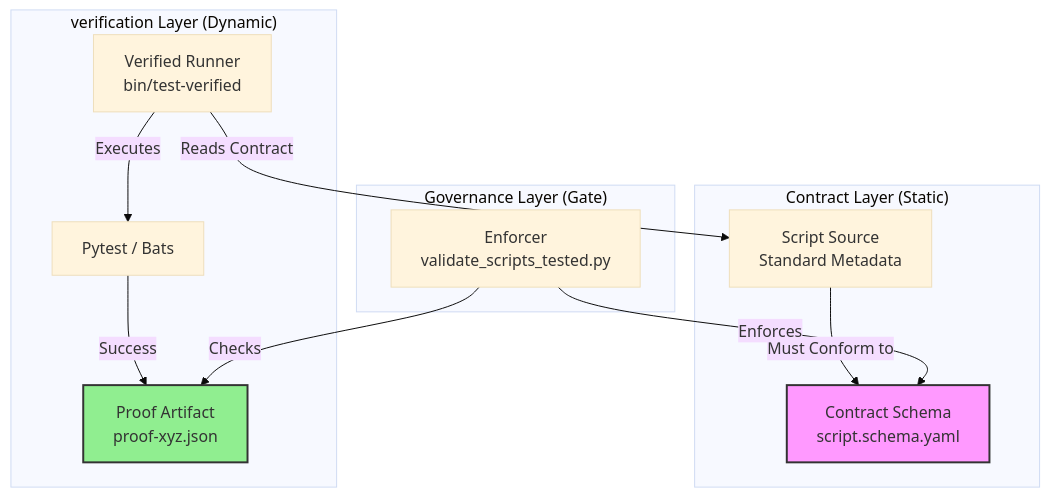
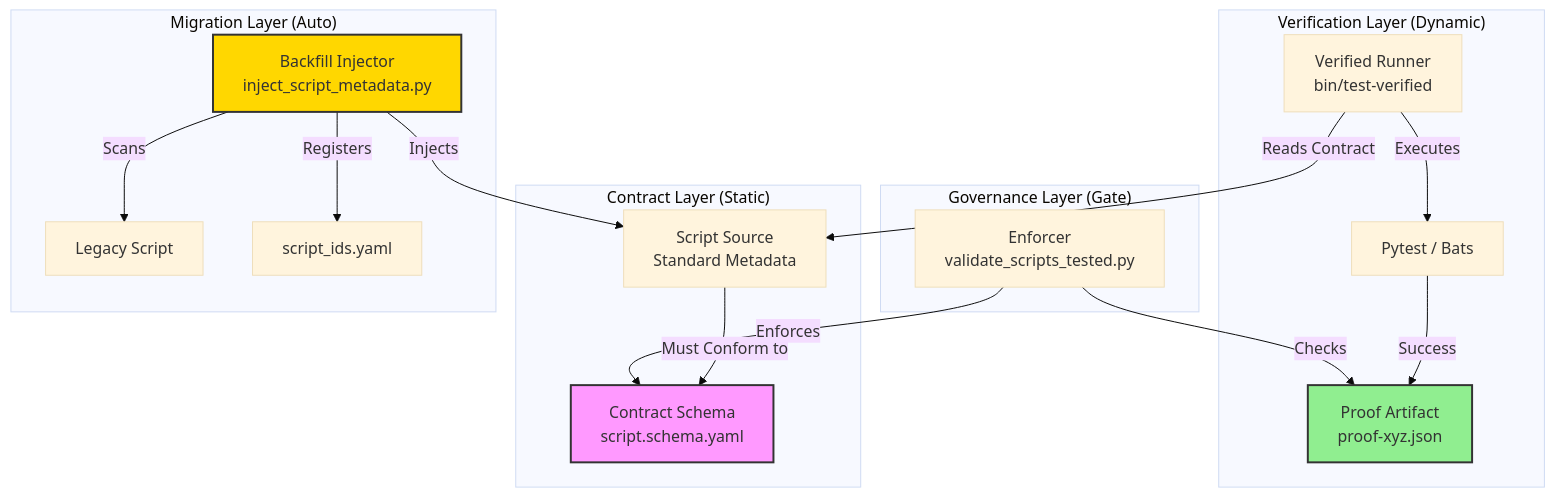
Before and after one commit to mikeybeezy/goldenpath-idp-infra: the diagram in docs/how-it-works/BORN_GOVERNED_LIFECYCLE.md, drawn with Mermaid (base theme). The commit also changed other lines of this file and 2 other files, not shown here.

First line of the commit message:
docs(governance): add ADR-0147 Automated Backfill and Guide updates

````diff
--- a/docs/how-it-works/BORN_GOVERNED_LIFECYCLE.md
+++ b/docs/how-it-works/BORN_GOVERNED_LIFECYCLE.md
@@ -26,26 +27,34 @@
 ```mermaid
 graph TD
     Schema[Contract Schema<br/>script.schema.yaml];
     Script[Script Source<br/>Standard Metadata];
     Wrapper[Verified Runner<br/>bin/test-verified];
     Validator[Enforcer<br/>validate_scripts_tested.py];
     Proof[Proof Artifact<br/>proof-xyz.json];
+    Injector[Backfill Injector<br/>inject_script_metadata.py];
 
     subgraph "Contract Layer (Static)"
     Script -->|Must Conform to| Schema
     end
 
-    subgraph "verification Layer (Dynamic)"
+    subgraph "Verification Layer (Dynamic)"
     Wrapper -->|Reads Contract| Script
     Wrapper -->|Executes| TestRunner[Pytest / Bats]
     TestRunner -->|Success| Proof
     end
 
     subgraph "Governance Layer (Gate)"
     Validator -->|Checks| Proof
     Validator -->|Enforces| Schema
     end
 
+    subgraph "Migration Layer (Auto)"
+    Injector -->|Scans| UnmanagedScript[Legacy Script]
+    Injector -->|Injects| Script
+    Injector -->|Registers| Registry[script_ids.yaml]
+    end
+
     style Schema fill:#f9f,stroke:#333,stroke-width:2px
     style Proof fill:#90EE90,stroke:#333,stroke-width:2px
+    style Injector fill:#FFD700,stroke:#333,stroke-width:2px
 ```
````
